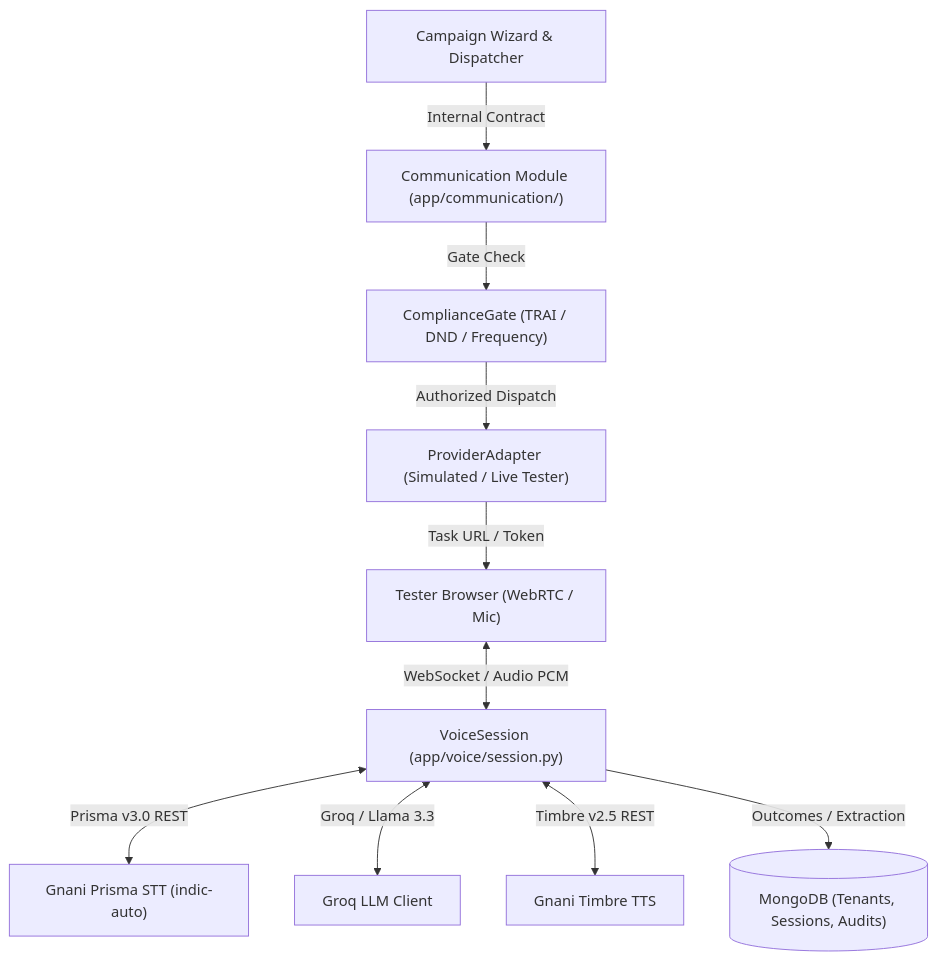
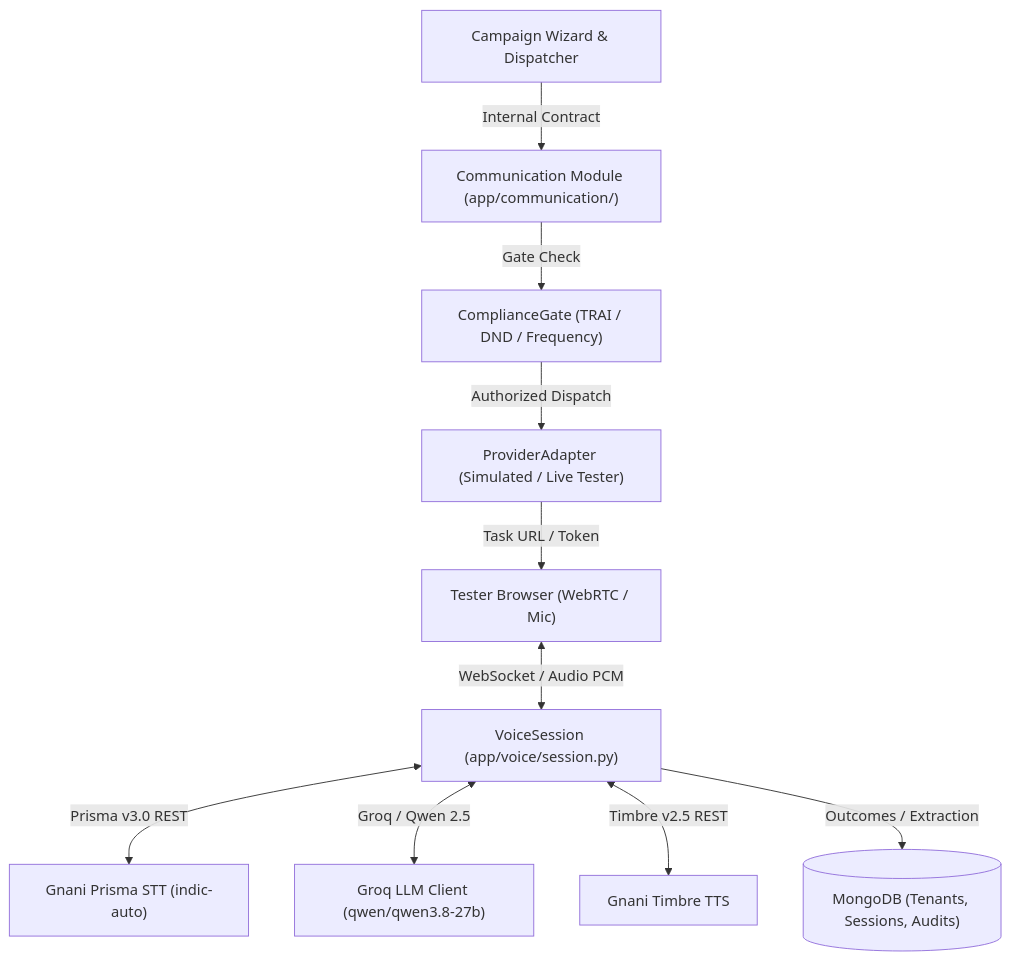
The diagram in docs/ARCHITECTURE.md (VivekGoudAdula/TARA-GnaniAI), drawn with Mermaid before and after one commit. The commit also changed 25 other files, not shown here.

````diff
--- a/docs/ARCHITECTURE.md
+++ b/docs/ARCHITECTURE.md
@@ -9,12 +9,12 @@
 ```mermaid
 flowchart TD
     Client["Tester Browser (WebRTC / Mic)"] <-->|"WebSocket / Audio PCM"| VoiceSession["VoiceSession (app/voice/session.py)"]
     Campaign["Campaign Wizard & Dispatcher"] -->|"Internal Contract"| CommAPI["Communication Module (app/communication/)"]
     CommAPI -->|"Gate Check"| CompGate["ComplianceGate (TRAI / DND / Frequency)"]
     CompGate -->|"Authorized Dispatch"| Provider["ProviderAdapter (Simulated / Live Tester)"]
     Provider -->|"Task URL / Token"| Client
     VoiceSession <-->|"Prisma v3.0 REST"| GnaniSTT["Gnani Prisma STT (indic-auto)"]
-    VoiceSession <-->|"Groq / Llama 3.3"| LLM["Groq LLM Client"]
+    VoiceSession <-->|"Groq / Qwen 2.5"| LLM["Groq LLM Client (qwen/qwen3.8-27b)"]
     VoiceSession <-->|"Timbre v2.5 REST"| GnaniTTS["Gnani Timbre TTS"]
     VoiceSession -->|"Outcomes / Extraction"| DB[("MongoDB (Tenants, Sessions, Audits)")]
 ```
````
